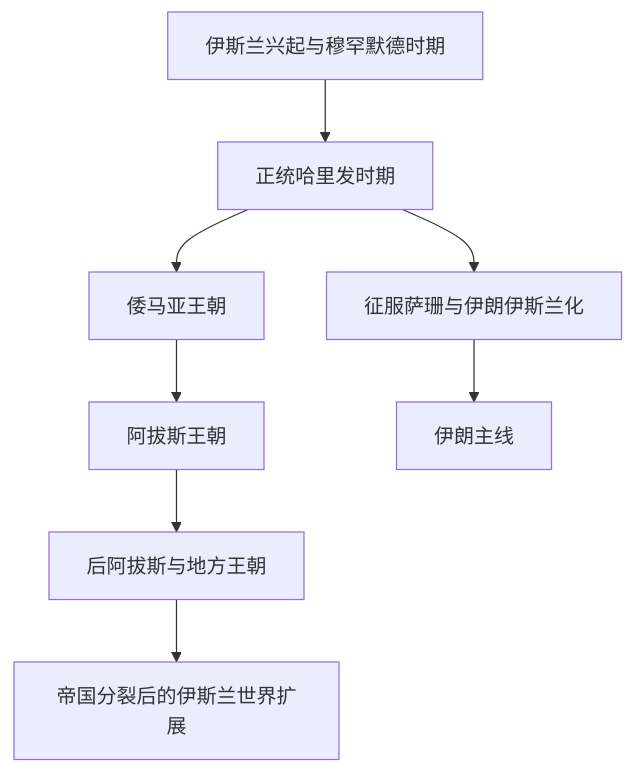
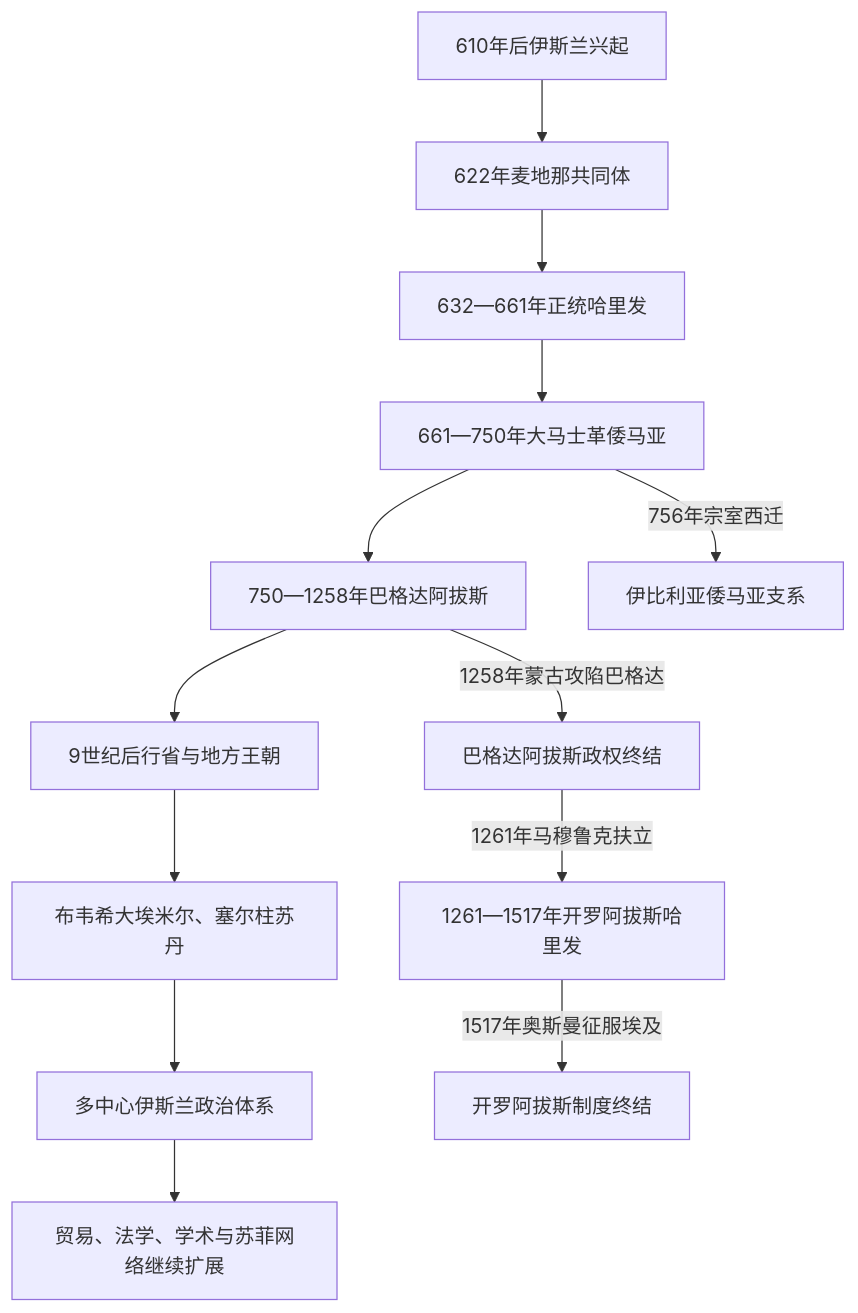
Before and after one commit to tianlan-dev/learning-notes: the diagram in 人文科学/历史/西亚/_通史/阿拉伯帝国/README.md, drawn with Mermaid. The commit also changed other lines of this file and 1417 other files, not shown here.

````diff
--- a/人文科学/历史/西亚/_通史/阿拉伯帝国/README.md
+++ b/人文科学/历史/西亚/_通史/阿拉伯帝国/README.md
@@ -20,10 +17,15 @@
 ```mermaid
 flowchart TD
-    Islam["伊斯兰兴起与穆罕默德时期"] --> Rashidun["正统哈里发时期"]
-    Rashidun --> Umayyad["倭马亚王朝"]
-    Umayyad --> Abbasid["阿拔斯王朝"]
-    Abbasid --> Regional["后阿拔斯与地方王朝"]
-    Regional --> Fragment["帝国分裂后的伊斯兰世界扩展"]
-    Rashidun --> IranConquest["征服萨珊与伊朗伊斯兰化"]
-    IranConquest --> Iran["伊朗主线"]
+    A["610年后伊斯兰兴起"] --> B["622年麦地那共同体"]
+    B --> C["632—661年正统哈里发"]
+    C --> D["661—750年大马士革倭马亚"]
+    D --> E["750—1258年巴格达阿拔斯"]
+    D -->|756年宗室西迁| F["伊比利亚倭马亚支系"]
+    E --> G["9世纪后行省与地方王朝"]
+    G --> H["布韦希大埃米尔、塞尔柱苏丹"]
+    H --> I["多中心伊斯兰政治体系"]
+    E -->|1258年蒙古攻陷巴格达| J["巴格达阿拔斯政权终结"]
+    J -->|1261年马穆鲁克扶立| K["1261—1517年开罗阿拔斯哈里发"]
+    I --> L["贸易、法学、学术与苏菲网络继续扩展"]
+    K -->|1517年奥斯曼征服埃及| M["开罗阿拔斯制度终结"]
 ```
````
